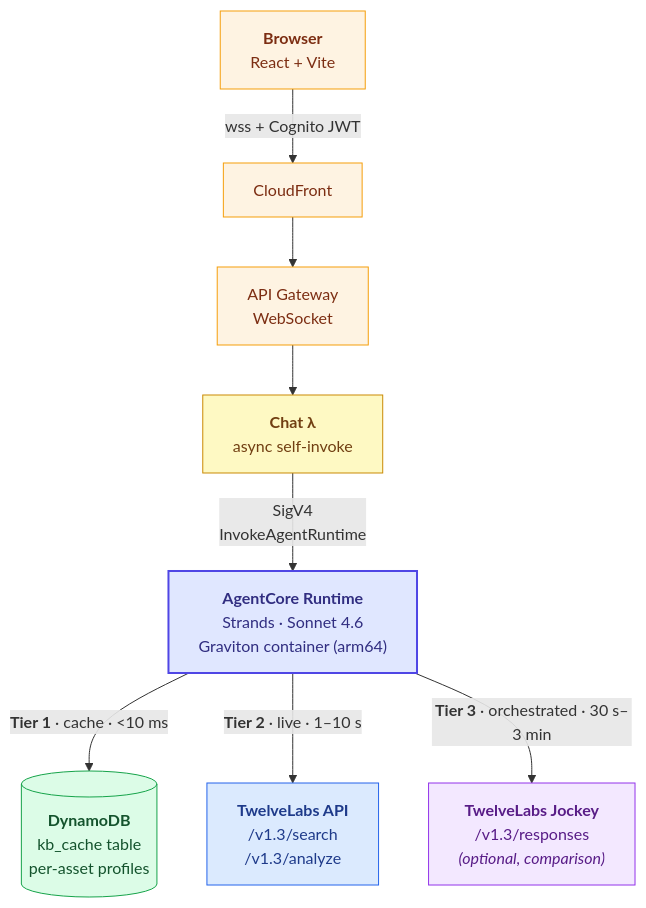
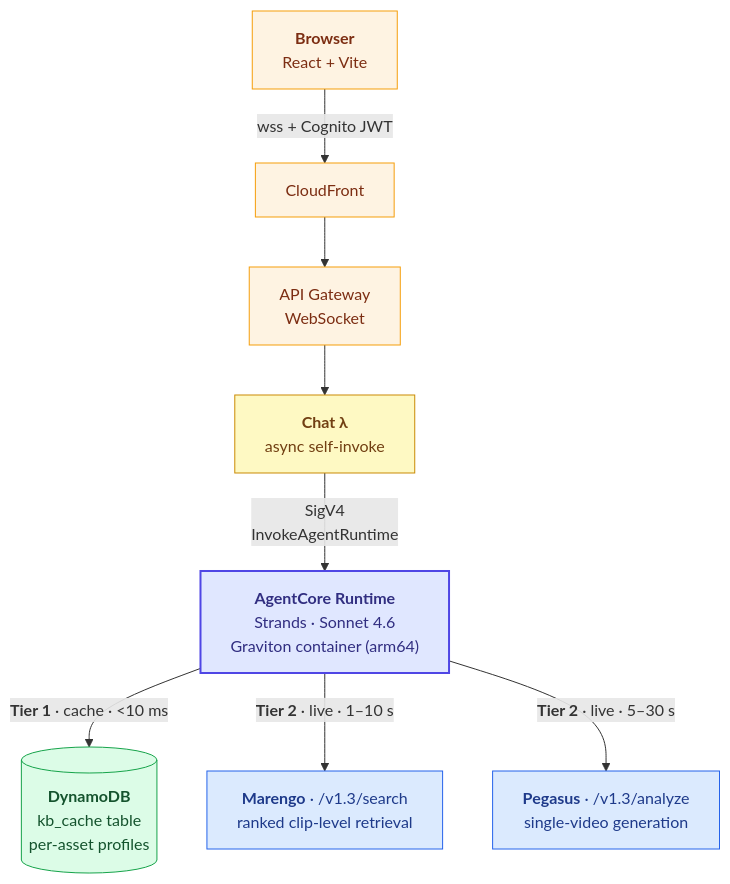
Before and after one commit to twelvelabs-io/tl-agentcore: the first of 3 diagrams in docs/whitepaper.md, drawn with Mermaid. The commit also changed other lines of this file, not shown here.

First line of the commit message:
Strip every Jockey mention from the whitepaper

````diff
--- a/docs/whitepaper.md
+++ b/docs/whitepaper.md
@@ -51,33 +51,31 @@
 ```mermaid
 flowchart TD
     Browser["<b>Browser</b><br/>React + Vite"]
     CF["CloudFront"]
     WS["API Gateway<br/>WebSocket"]
     Chat["<b>Chat λ</b><br/>async self-invoke"]
     Runtime["<b>AgentCore Runtime</b><br/>Strands · Sonnet 4.6<br/>Graviton container (arm64)"]
     Cache[("<b>DynamoDB</b><br/>kb_cache table<br/>per-asset profiles")]
-    TLApi["<b>TwelveLabs API</b><br/>/v1.3/search<br/>/v1.3/analyze"]
-    Jockey["<b>TwelveLabs Jockey</b><br/>/v1.3/responses<br/><i>(optional, comparison)</i>"]
+    Marengo["<b>Marengo</b> · /v1.3/search<br/>ranked clip-level retrieval"]
+    Pegasus["<b>Pegasus</b> · /v1.3/analyze<br/>single-video generation"]
 
     Browser -- "wss + Cognito JWT" --> CF
     CF --> WS
     WS --> Chat
     Chat -- "SigV4<br/>InvokeAgentRuntime" --> Runtime
     Runtime -- "<b>Tier 1</b> · cache · &lt;10 ms" --> Cache
-    Runtime -- "<b>Tier 2</b> · live · 1–10 s" --> TLApi
-    Runtime -- "<b>Tier 3</b> · orchestrated · 30 s–3 min" --> Jockey
+    Runtime -- "<b>Tier 2</b> · live · 1–10 s" --> Marengo
+    Runtime -- "<b>Tier 2</b> · live · 5–30 s" --> Pegasus
 
     classDef edge    fill:#fef3e2,stroke:#f59e0b,stroke-width:1px,color:#7c2d12
     classDef compute fill:#fef9c3,stroke:#ca8a04,stroke-width:1px,color:#713f12
     classDef hero    fill:#e0e7ff,stroke:#4f46e5,stroke-width:2px,color:#312e81
     classDef tier1   fill:#dcfce7,stroke:#16a34a,stroke-width:1px,color:#14532d
     classDef tier2   fill:#dbeafe,stroke:#2563eb,stroke-width:1px,color:#1e3a8a
-    classDef tier3   fill:#f3e8ff,stroke:#9333ea,stroke-width:1px,color:#581c87
 
     class Browser,CF,WS edge
     class Chat compute
     class Runtime hero
     class Cache tier1
-    class TLApi tier2
-    class Jockey tier3
+    class Marengo,Pegasus tier2
 ```
````
